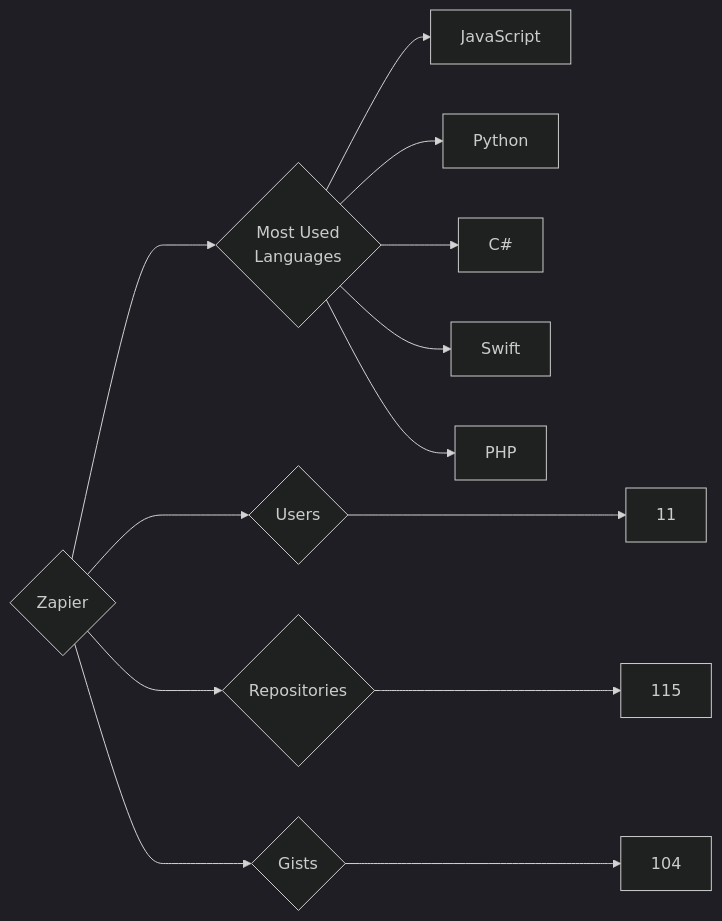
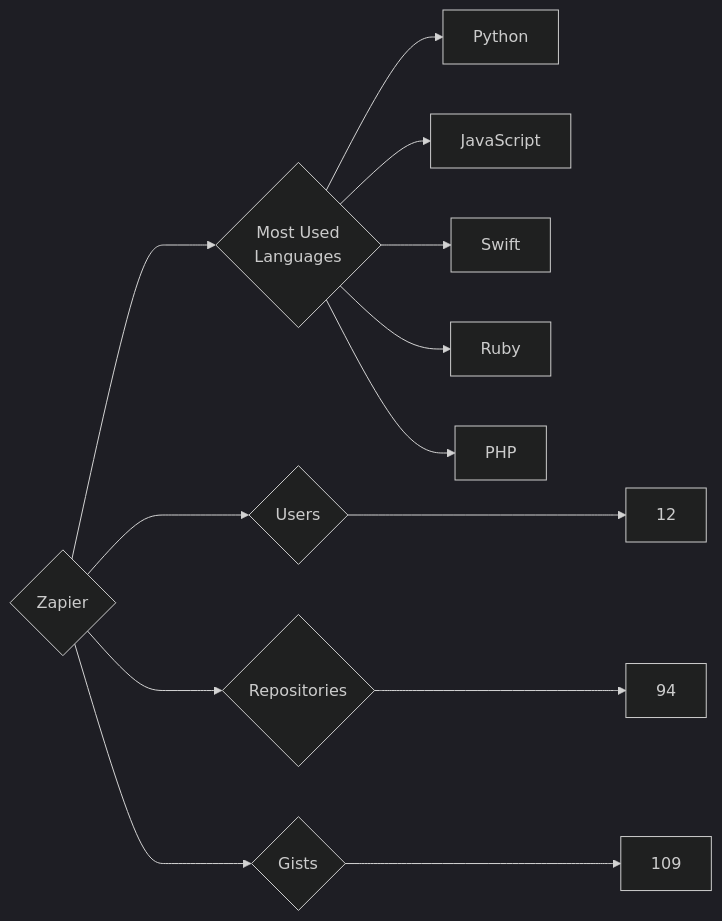
Before and after one commit to trickest/insiders: the diagram in targets/Zapier/README.md, drawn with Mermaid (dark theme). The commit also changed 1484 other files, not shown here.

````diff
--- a/targets/Zapier/README.md
+++ b/targets/Zapier/README.md
@@ -3,13 +3,13 @@
 ```mermaid
 graph LR
 COMPANY_NAME{Zapier}
-COMPANY_NAME ---> U{Users} ---> UN[11]
-COMPANY_NAME ---> R{Repositories} ---> RN[115]
-COMPANY_NAME ---> G{Gists} ---> GN[104]
+COMPANY_NAME ---> U{Users} ---> UN[12]
+COMPANY_NAME ---> R{Repositories} ---> RN[94]
+COMPANY_NAME ---> G{Gists} ---> GN[109]
 COMPANY_NAME ---> ML{Most Used<br>Languages}
+ML --> Python[Python]
 ML --> JavaScript[JavaScript]
-ML --> Python[Python]
-ML --> C#[C#]
 ML --> Swift[Swift]
+ML --> Ruby[Ruby]
 ML --> PHP[PHP]
 ```
````
